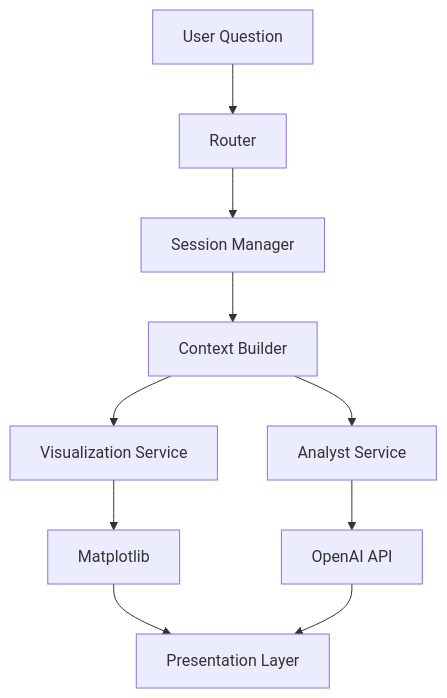
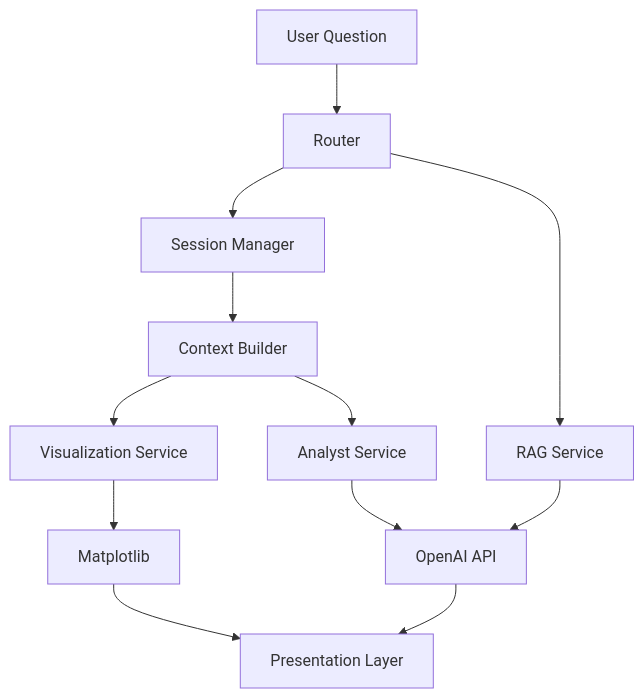
Before and after one commit to drekicks/marketing_analytics: the second of 2 diagrams in README.md, drawn with Mermaid. The commit also changed other lines of this file and 5 other files, not shown here.

````diff
--- a/README.md
+++ b/README.md
@@ -84,30 +83,33 @@
 ```mermaid
 flowchart TD
 
     A[User Question]
 
     B[Router]
     C[Session Manager]
     D[Context Builder]
 
     E[Visualization Service]
     F[Analyst Service]
 
     G[Matplotlib]
     H[OpenAI API]
 
     I[Presentation Layer]
+    J[RAG Service]
 
     A --> B
     B --> C
     C --> D
+    B --> J
 
     D --> E
     D --> F
 
     E --> G
     F --> H
 
     G --> I
     H --> I
+    J --> H
 ```
````
